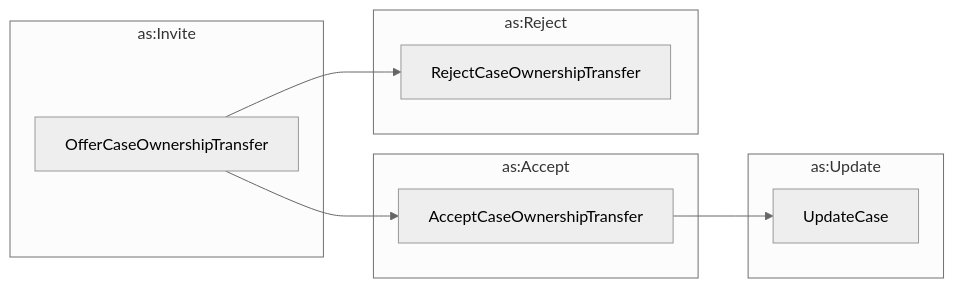
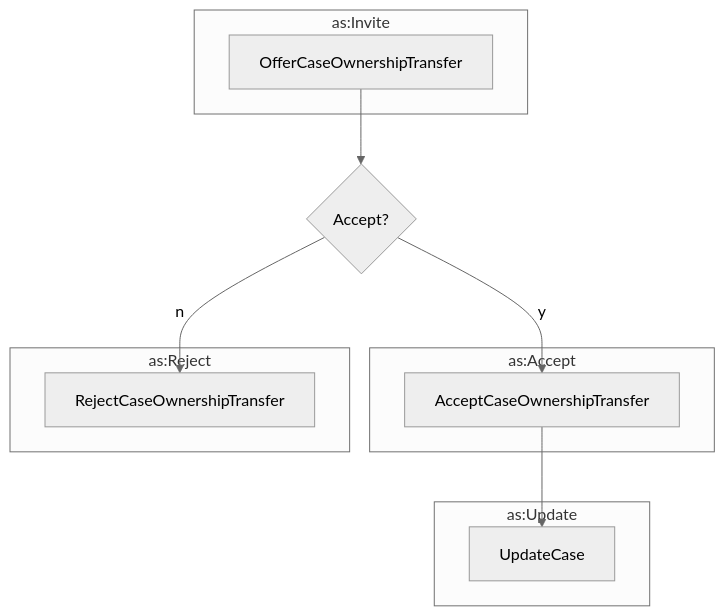
Before and after one commit to ahouseholder/Vultron: the diagram in docs/howto/activitypub/activities/transfer_ownership.md, drawn with Mermaid (neutral theme). The commit also changed 19 other files, not shown here.

````diff
--- a/docs/howto/activitypub/activities/transfer_ownership.md
+++ b/docs/howto/activitypub/activities/transfer_ownership.md
@@ -13,18 +13,19 @@
 ```mermaid
-flowchart LR
+flowchart TB
     subgraph as:Invite
         OfferCaseOwnershipTransfer
     end
     subgraph as:Accept
         AcceptCaseOwnershipTransfer
     end
     subgraph as:Reject
         RejectCaseOwnershipTransfer
     end
     subgraph as:Update
         UpdateCase
     end
-    OfferCaseOwnershipTransfer --> AcceptCaseOwnershipTransfer
-    OfferCaseOwnershipTransfer --> RejectCaseOwnershipTransfer
+    OfferCaseOwnershipTransfer --> a{Accept?}
+    a -->|y| AcceptCaseOwnershipTransfer
+    a -->|n| RejectCaseOwnershipTransfer
     AcceptCaseOwnershipTransfer --> UpdateCase
 ```
````
